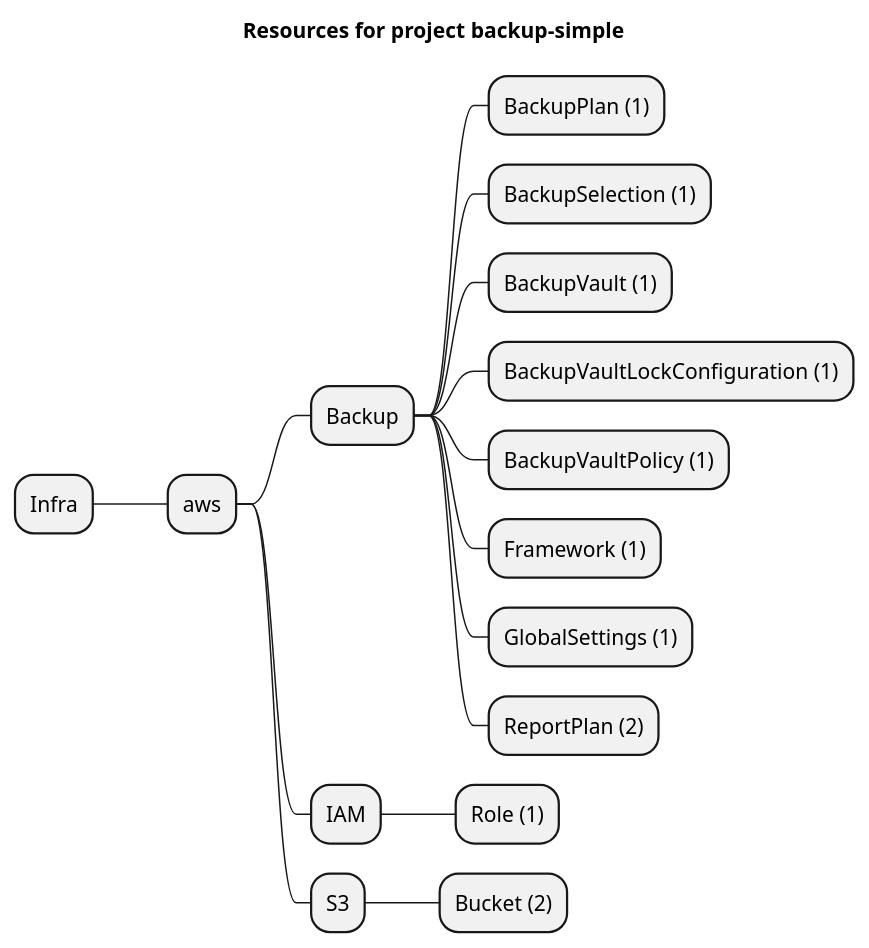
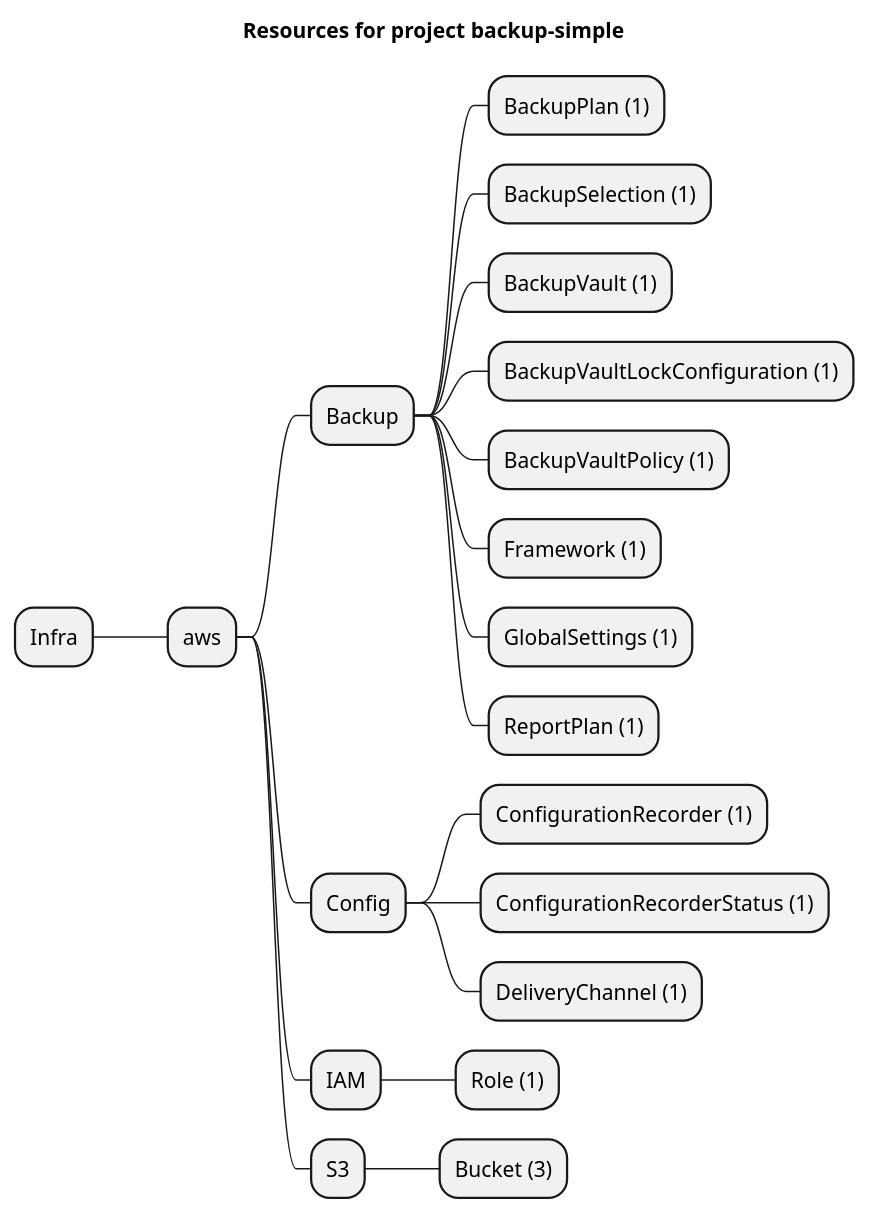
One commit to grucloud/grucloud changed the diagram in examples/aws/Backup/backup-simple/artifacts/resources-mindmap.puml. Above: the diagram before and after it, drawn with PlantUML. The commit also changed 8 other files, not shown here.

```diff
--- a/examples/aws/Backup/backup-simple/artifacts/resources-mindmap.puml
+++ b/examples/aws/Backup/backup-simple/artifacts/resources-mindmap.puml
@@ -1,19 +1,23 @@
 @startmindmap
 title Resources for project backup-simple
 skinparam monochrome true
 + Infra
 ++ aws
 +++ Backup
 ++++ BackupPlan (1)
 ++++ BackupSelection (1)
 ++++ BackupVault (1)
 ++++ BackupVaultLockConfiguration (1)
 ++++ BackupVaultPolicy (1)
 ++++ Framework (1)
 ++++ GlobalSettings (1)
-++++ ReportPlan (2)
+++++ ReportPlan (1)
++++ Config
+++++ ConfigurationRecorder (1)
+++++ ConfigurationRecorderStatus (1)
+++++ DeliveryChannel (1)
 +++ IAM
 ++++ Role (1)
 +++ S3
-++++ Bucket (2)
+++++ Bucket (3)
 @endmindmap
```
